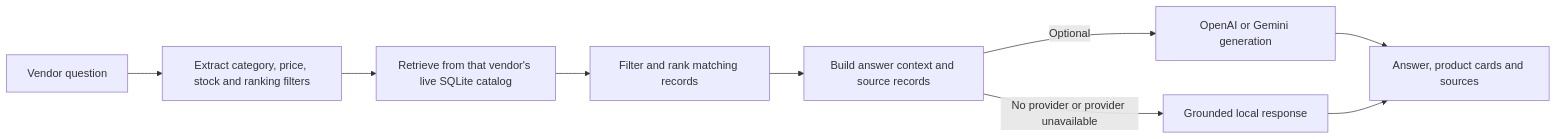
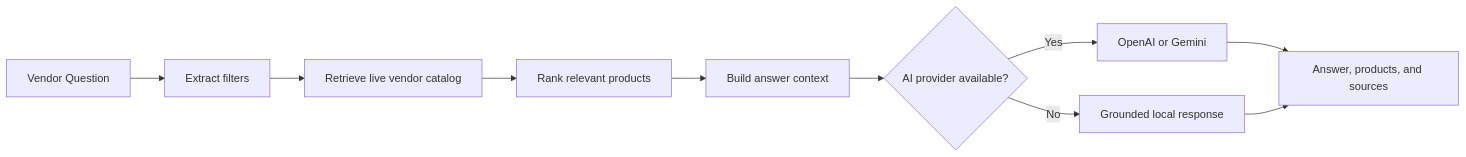
Before and after one commit to amulya-munugoti/shopsense: the diagram in README.md, drawn with Mermaid. The commit also changed other lines of this file, not shown here.

````diff
--- a/README.md
+++ b/README.md
@@ -57,11 +49,12 @@
 ```mermaid
 flowchart LR
-    Q[Vendor question] --> C[Extract category, price, stock and ranking filters]
-    C --> R[Retrieve from that vendor's live SQLite catalog]
-    R --> F[Filter and rank matching records]
-    F --> X[Build answer context and source records]
-    X -->|Optional| L[OpenAI or Gemini generation]
-    X -->|No provider or provider unavailable| G[Grounded local response]
-    L --> A[Answer, product cards and sources]
+    Q[Vendor Question] --> F[Extract filters]
+    F --> R[Retrieve live vendor catalog]
+    R --> X[Rank relevant products]
+    X --> C[Build answer context]
+    C --> O{AI provider available?}
+    O -->|Yes| L[OpenAI or Gemini]
+    O -->|No| G[Grounded local response]
+    L --> A[Answer, products, and sources]
     G --> A
 ```
````
